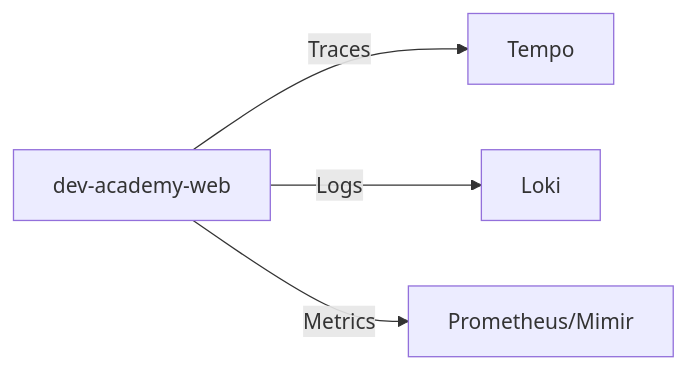
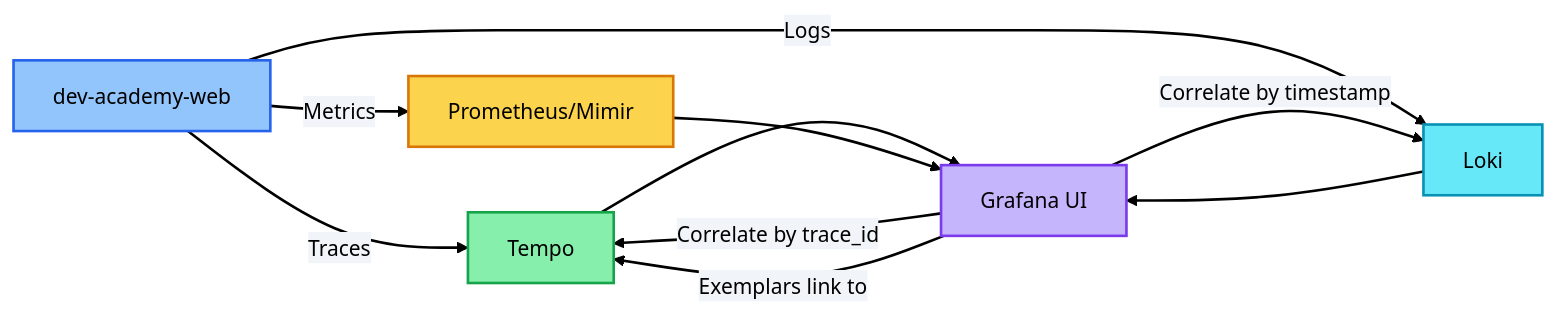
One commit to 3DHDSoft/devmultiplier-academy changed the fifth of 5 diagrams in doc/opentelemetry_architecture.md. Above: the diagram before and after it, drawn with Mermaid. The commit also changed other lines of this file and 17 other files, not shown here.

````diff
--- a/doc/opentelemetry_architecture.md
+++ b/doc/opentelemetry_architecture.md
@@ -593,16 +668,34 @@
 ```mermaid
+%%{init: {'theme': 'base', 'themeVariables': {
+  'primaryColor': '#93c5fd',
+  'primaryTextColor': '#000000',
+  'primaryBorderColor': '#2563eb',
+  'lineColor': '#000000',
+  'secondaryColor': '#c4b5fd',
+  'tertiaryColor': '#67e8f9',
+  'background': '#ffffff',
+  'textColor': '#000000',
+  'edgeLabelBackground': '#f1f5f9',
+  'fontFamily': 'system-ui, -apple-system, sans-serif'
+}}}%%
 graph LR
     A[dev-academy-web] -->|Traces| B[Tempo]
     A -->|Logs| C[Loki]
     A -->|Metrics| D[Prometheus/Mimir]
-%%{init: {'theme': 'default'
+
     B --> E[Grafana UI]
     C --> E
     D --> E
 
     E -->|Correlate by trace_id| B
     E -->|Correlate by timestamp| C
     E -->|Exemplars link to| B
 
-    style E fill:#9C27B0
+    style A fill:#93c5fd,stroke:#2563eb,color:#000000,stroke-width:2px
+    style B fill:#86efac,stroke:#16a34a,color:#000000,stroke-width:2px
+    style C fill:#67e8f9,stroke:#0891b2,color:#000000,stroke-width:2px
+    style D fill:#fcd34d,stroke:#d97706,color:#000000,stroke-width:2px
+    style E fill:#c4b5fd,stroke:#7c3aed,color:#000000,stroke-width:2px
+
+    linkStyle default stroke:#000000,stroke-width:2px
 ```
````
